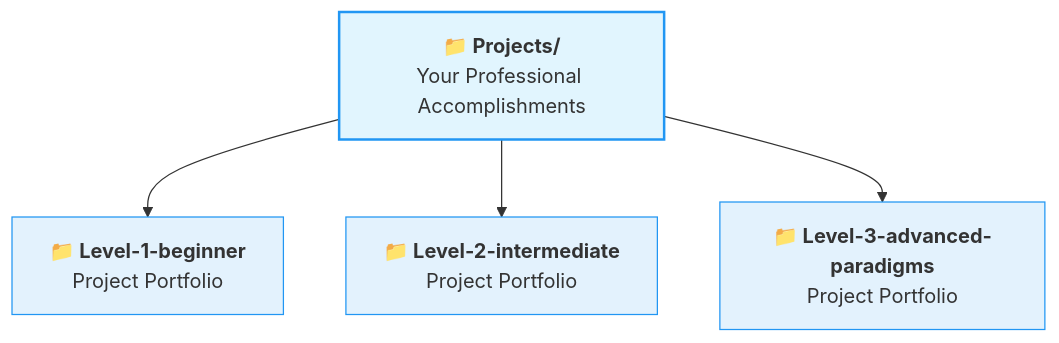
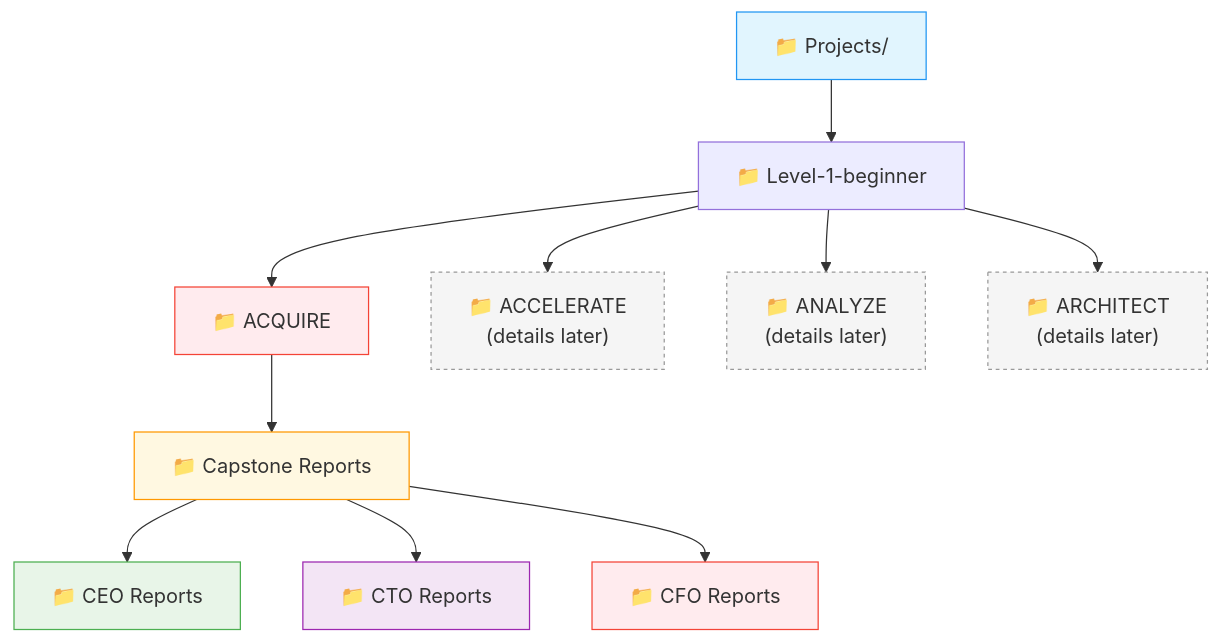
One commit to uniqueumamaheswari-universe/SQLVerse changed the fifth of 11 diagrams in Level-1-beginner/Guides/Section1-ACQUIRE/3_Knowledge_Base.md. Above: the diagram before and after it, drawn with Mermaid. The commit also changed other lines of this file and 9 other files, not shown here.

````diff
--- a/Level-1-beginner/Guides/Section1-ACQUIRE/3_Knowledge_Base.md
+++ b/Level-1-beginner/Guides/Section1-ACQUIRE/3_Knowledge_Base.md
@@ -175,13 +189,25 @@
 ```mermaid
 flowchart TD
-    Proj["<b>📁 Projects/</b><br/>Your Professional Accomplishments"]
+    Proj["📁 Projects/"]
+    Proj --> P1["📁 Level-1-beginner"]
     
-    Proj --> P1["<b>📁 Level-1-beginner</b><br/>Project Portfolio"]
-    Proj --> P2["<b>📁 Level-2-intermediate</b><br/>Project Portfolio"]
-    Proj --> P3["<b>📁 Level-3-advanced-paradigms</b><br/>Project Portfolio"]
+    P1 --> ACQ["📁 ACQUIRE"]
+    P1 --> PreviewAcc["📁 ACCELERATE<br/>(details later)"]
+    P1 --> PreviewAna["📁 ANALYZE<br/>(details later)"]
+    P1 --> PreviewArch["📁 ARCHITECT<br/>(details later)"]
     
-    style Proj fill:#e1f5fe,stroke:#2196f3,stroke-width:2px
-    style P1 fill:#e3f2fd,stroke:#2196f3
-    style P2 fill:#e3f2fd,stroke:#2196f3
-    style P3 fill:#e3f2fd,stroke:#2196f3
+    ACQ --> Cap["📁 Capstone Reports"]
+    Cap --> CEO["📁 CEO Reports"]
+    Cap --> CTO["📁 CTO Reports"]
+    Cap --> CFO["📁 CFO Reports"]
+    
+    style Proj fill:#e1f5fe,stroke:#2196f3
+    style ACQ fill:#ffebee,stroke:#f44336
+    style Cap fill:#fff8e1,stroke:#ff9800
+    style CEO fill:#e8f5e8,stroke:#4caf50
+    style CTO fill:#f3e5f5,stroke:#9c27b0
+    style CFO fill:#ffebee,stroke:#f44336
+    style PreviewAcc fill:#f5f5f5,stroke:#999,stroke-dasharray:3 3
+    style PreviewAna fill:#f5f5f5,stroke:#999,stroke-dasharray:3 3
+    style PreviewArch fill:#f5f5f5,stroke:#999,stroke-dasharray:3 3
 ```
````
